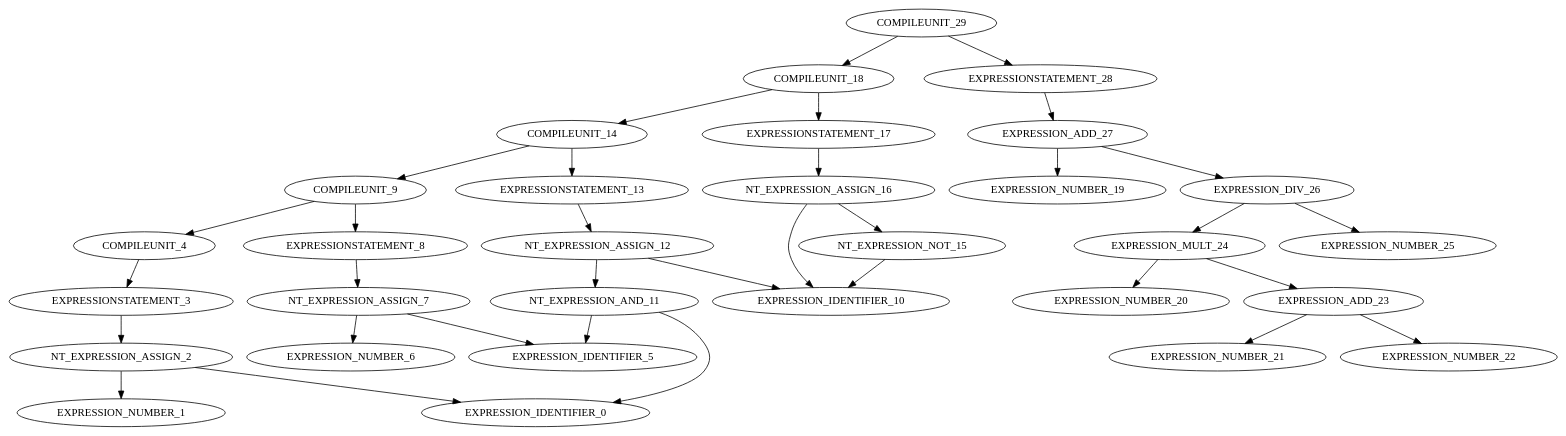
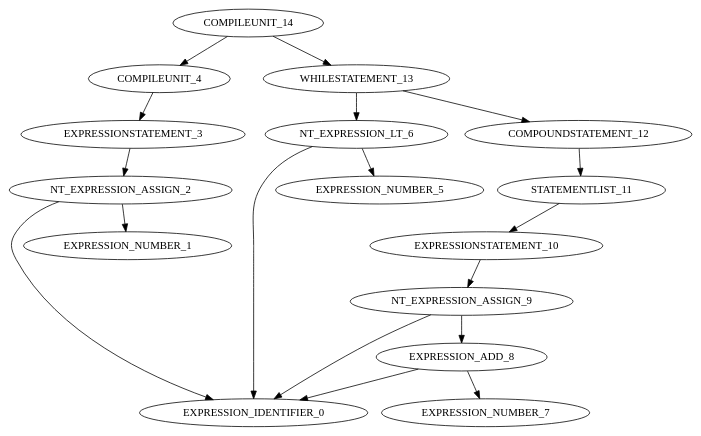
Before and after one commit to dhmhgreCompilers1/MINIC: the diagram in MINIC/ST.dot, drawn with Graphviz. The commit also changed 4 other files, not shown here.

```diff
--- a/MINIC/ST.dot
+++ b/MINIC/ST.dot
@@ -1,35 +1,19 @@
 digraph G{
-"COMPILEUNIT_29"->"COMPILEUNIT_18";
-"COMPILEUNIT_18"->"COMPILEUNIT_14";
-"COMPILEUNIT_14"->"COMPILEUNIT_9";
-"COMPILEUNIT_9"->"COMPILEUNIT_4";
+"COMPILEUNIT_14"->"COMPILEUNIT_4";
 "COMPILEUNIT_4"->"EXPRESSIONSTATEMENT_3";
 "EXPRESSIONSTATEMENT_3"->"NT_EXPRESSION_ASSIGN_2";
 "NT_EXPRESSION_ASSIGN_2"->"EXPRESSION_IDENTIFIER_0";
 "NT_EXPRESSION_ASSIGN_2"->"EXPRESSION_NUMBER_1";
-"COMPILEUNIT_9"->"EXPRESSIONSTATEMENT_8";
-"EXPRESSIONSTATEMENT_8"->"NT_EXPRESSION_ASSIGN_7";
-"NT_EXPRESSION_ASSIGN_7"->"EXPRESSION_IDENTIFIER_5";
-"NT_EXPRESSION_ASSIGN_7"->"EXPRESSION_NUMBER_6";
-"COMPILEUNIT_14"->"EXPRESSIONSTATEMENT_13";
-"EXPRESSIONSTATEMENT_13"->"NT_EXPRESSION_ASSIGN_12";
-"NT_EXPRESSION_ASSIGN_12"->"EXPRESSION_IDENTIFIER_10";
-"NT_EXPRESSION_ASSIGN_12"->"NT_EXPRESSION_AND_11";
-"NT_EXPRESSION_AND_11"->"EXPRESSION_IDENTIFIER_0";
-"NT_EXPRESSION_AND_11"->"EXPRESSION_IDENTIFIER_5";
-"COMPILEUNIT_18"->"EXPRESSIONSTATEMENT_17";
-"EXPRESSIONSTATEMENT_17"->"NT_EXPRESSION_ASSIGN_16";
-"NT_EXPRESSION_ASSIGN_16"->"EXPRESSION_IDENTIFIER_10";
-"NT_EXPRESSION_ASSIGN_16"->"NT_EXPRESSION_NOT_15";
-"NT_EXPRESSION_NOT_15"->"EXPRESSION_IDENTIFIER_10";
-"COMPILEUNIT_29"->"EXPRESSIONSTATEMENT_28";
-"EXPRESSIONSTATEMENT_28"->"EXPRESSION_ADD_27";
-"EXPRESSION_ADD_27"->"EXPRESSION_NUMBER_19";
-"EXPRESSION_ADD_27"->"EXPRESSION_DIV_26";
-"EXPRESSION_DIV_26"->"EXPRESSION_MULT_24";
-"EXPRESSION_MULT_24"->"EXPRESSION_NUMBER_20";
-"EXPRESSION_MULT_24"->"EXPRESSION_ADD_23";
-"EXPRESSION_ADD_23"->"EXPRESSION_NUMBER_21";
-"EXPRESSION_ADD_23"->"EXPRESSION_NUMBER_22";
-"EXPRESSION_DIV_26"->"EXPRESSION_NUMBER_25";
+"COMPILEUNIT_14"->"WHILESTATEMENT_13";
+"WHILESTATEMENT_13"->"NT_EXPRESSION_LT_6";
+"NT_EXPRESSION_LT_6"->"EXPRESSION_IDENTIFIER_0";
+"NT_EXPRESSION_LT_6"->"EXPRESSION_NUMBER_5";
+"WHILESTATEMENT_13"->"COMPOUNDSTATEMENT_12";
+"COMPOUNDSTATEMENT_12"->"STATEMENTLIST_11";
+"STATEMENTLIST_11"->"EXPRESSIONSTATEMENT_10";
+"EXPRESSIONSTATEMENT_10"->"NT_EXPRESSION_ASSIGN_9";
+"NT_EXPRESSION_ASSIGN_9"->"EXPRESSION_IDENTIFIER_0";
+"NT_EXPRESSION_ASSIGN_9"->"EXPRESSION_ADD_8";
+"EXPRESSION_ADD_8"->"EXPRESSION_IDENTIFIER_0";
+"EXPRESSION_ADD_8"->"EXPRESSION_NUMBER_7";
 }
```
